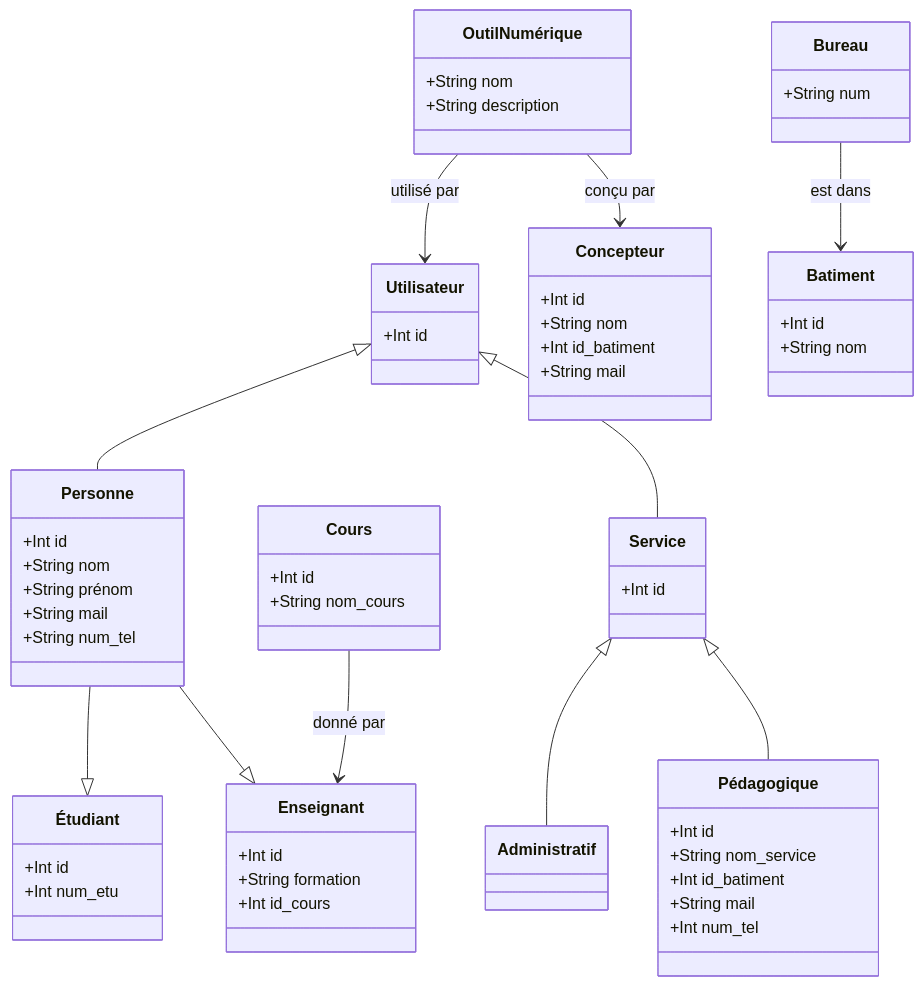
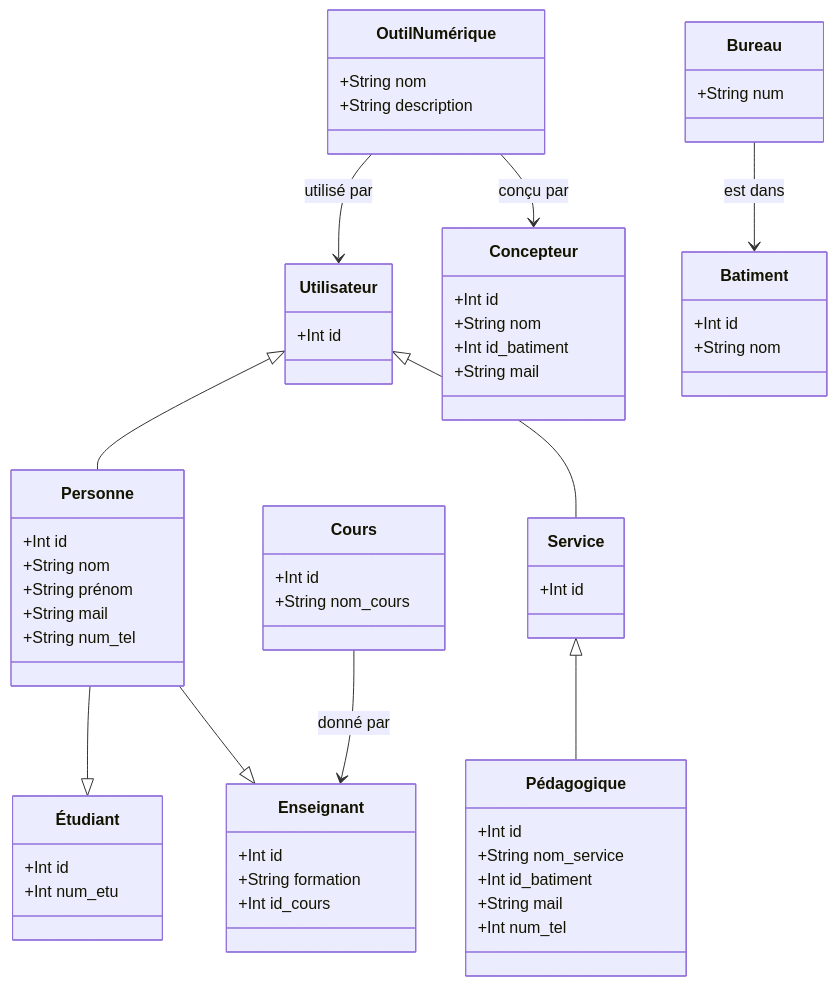
One commit to lmimouni-rim/EDUCATION changed the diagram in class.md. Above: the diagram before and after it, drawn with Mermaid.

````diff
--- a/class.md
+++ b/class.md
@@ -1,66 +1,65 @@
 ```mermaid
 
 classDiagram
     class Utilisateur
     Utilisateur <|-- Personne
     Utilisateur <|-- Service
     Utilisateur : +Int id
 
     class Personne
     Personne --|> Étudiant
     Personne --|>Enseignant
     Personne : +Int id
     Personne : +String nom
     Personne : +String prénom
     Personne : +String mail
     Personne : +String num_tel
     
     class Étudiant
     Étudiant : +Int id
     Étudiant : +Int num_etu
 
     class Enseignant 
     Enseignant : +Int id
     Enseignant : +String formation 
     Enseignant : +Int id_cours
 
     class Service 
-    Service <|-- Administratif
     Service <|-- Pédagogique
     Service : +Int id
  
     class Pédagogique
     Pédagogique : +Int id
     Pédagogique : +String nom_service
     Pédagogique : +Int id_batiment 
     Pédagogique : +String mail 
     Pédagogique : +Int num_tel 
 
     class Concepteur
     Concepteur : +Int id
     Concepteur : +String nom
     Concepteur : +Int id_batiment
     Concepteur : +String mail 
     
     class OutilNumérique 
     OutilNumérique --> Utilisateur : utilisé par
     OutilNumérique --> Concepteur: conçu par
     OutilNumérique : +String nom
     OutilNumérique : +String description
 
     class Cours
     Cours : +Int id
     Cours : +String nom_cours
 
     class Batiment
     Batiment : +Int id
     Batiment : +String nom
 
     class Bureau
     Bureau --> Batiment : est dans
     Bureau : +String num
 
     Cours --> Enseignant : donné par
 
  
 ```
````
